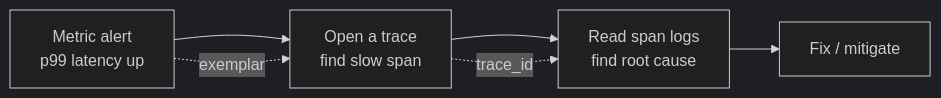
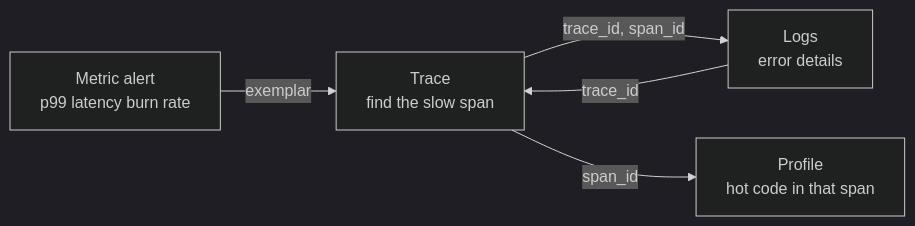
The fifth of 5 diagrams in github-pages/docs/observability/tracing.md (AndrewAltimit/Documentation), drawn with Mermaid (dark theme) before and after one commit. The commit also changed other lines of this file and 240 other files, not shown here.

````diff
--- a/github-pages/docs/observability/tracing.md
+++ b/github-pages/docs/observability/tracing.md
@@ -333,8 +461,7 @@
 ```mermaid
 flowchart LR
-    Alert["Metric alert<br/>p99 latency up"] --> Trace["Open a trace<br/>find slow span"]
-    Trace --> Log["Read span logs<br/>find root cause"]
-    Log --> Fix["Fix / mitigate"]
-    Trace -. trace_id .-> Log
-    Alert -. exemplar .-> Trace
+    M["Metric alert<br/>p99 latency burn rate"] -->|"exemplar"| T["Trace<br/>find the slow span"]
+    T -->|"trace_id, span_id"| L["Logs<br/>error details"]
+    T -->|"span_id"| P["Profile<br/>hot code in that span"]
+    L -->|"trace_id"| T
 ```
````
